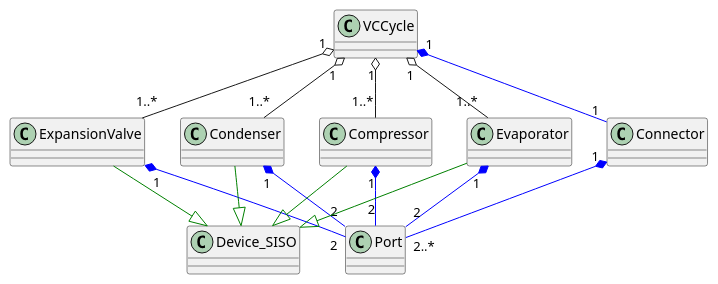
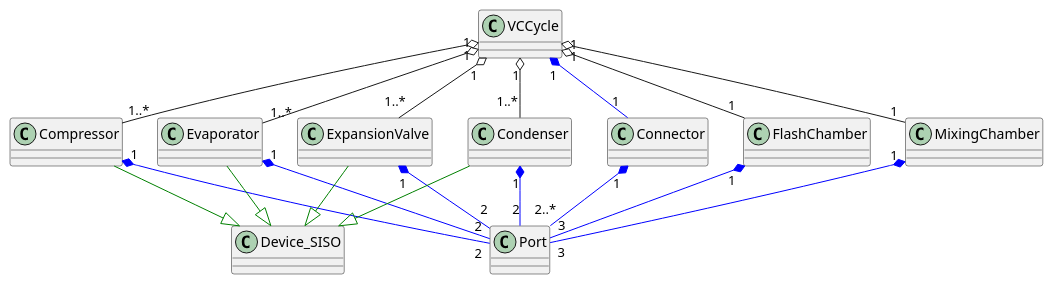
One commit to thermalogic/SimVCCE changed the sixth of 7 diagrams in uml/PlantUML_Class_VCCE.md. Above: the diagram before and after it, drawn with PlantUML. The commit also changed other lines of this file and 2 other files, not shown here.

````diff
--- a/uml/PlantUML_Class_VCCE.md
+++ b/uml/PlantUML_Class_VCCE.md
@@ -175,18 +193,22 @@
 ```puml
 VCCycle "1" *-[#blue]- "1" Connector 
 VCCycle "1" o-- "1..*" Compressor 
 VCCycle "1" o-- "1..*" Condenser
 VCCycle "1" o-- "1..*" ExpansionValve
 VCCycle "1" o-- "1..*" Evaporator
+VCCycle "1" o-- "1" FlashChamber
+VCCycle "1" o-- "1" MixingChamber
 
 Connector "1" *-[#blue]- "2..*" Port
 Compressor "1" *-[#blue]- "2" Port
 Condenser "1" *-[#blue]- "2" Port
 ExpansionValve "1" *-[#blue]- "2" Port
 Evaporator "1" *-[#blue]- "2" Port
+FlashChamber "1" *-[#blue]- "3" Port
+MixingChamber "1" *-[#blue]- "3" Port
 
 Device_SISO <|-up[#green]- Compressor   
 Device_SISO <|-up[#green]- Condenser    
 Device_SISO <|-up[#green]-ExpansionValve    
 Device_SISO <|-up[#green]- Evaporator  
 ```
````
